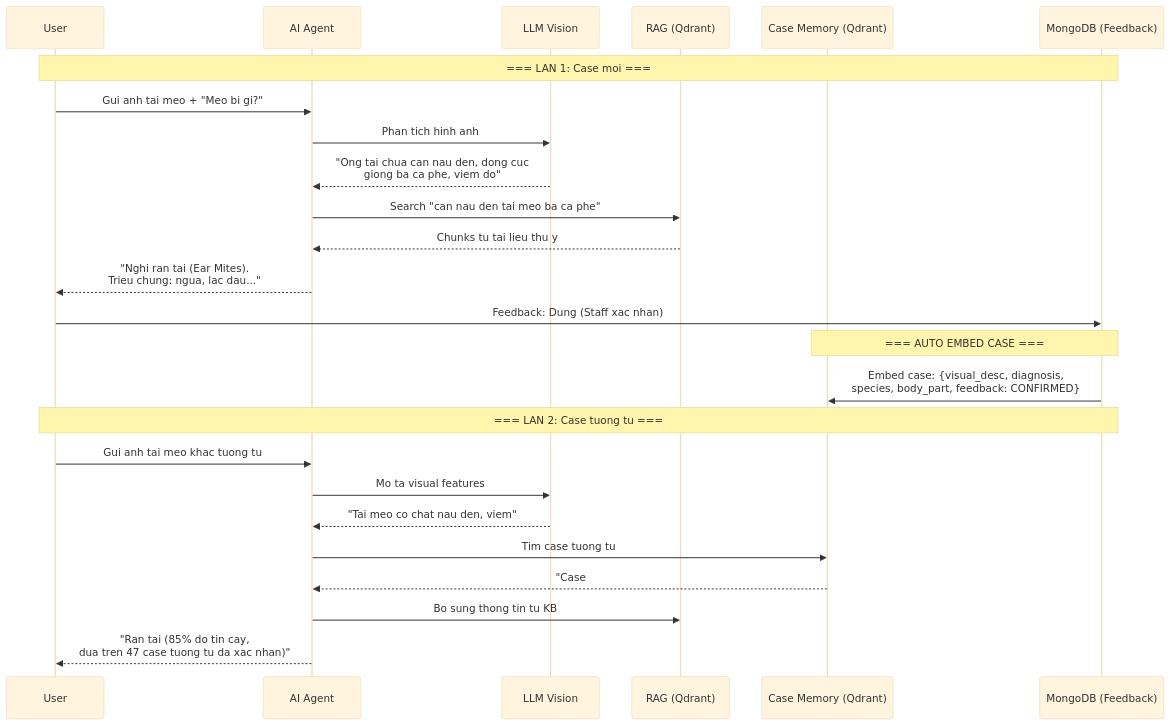
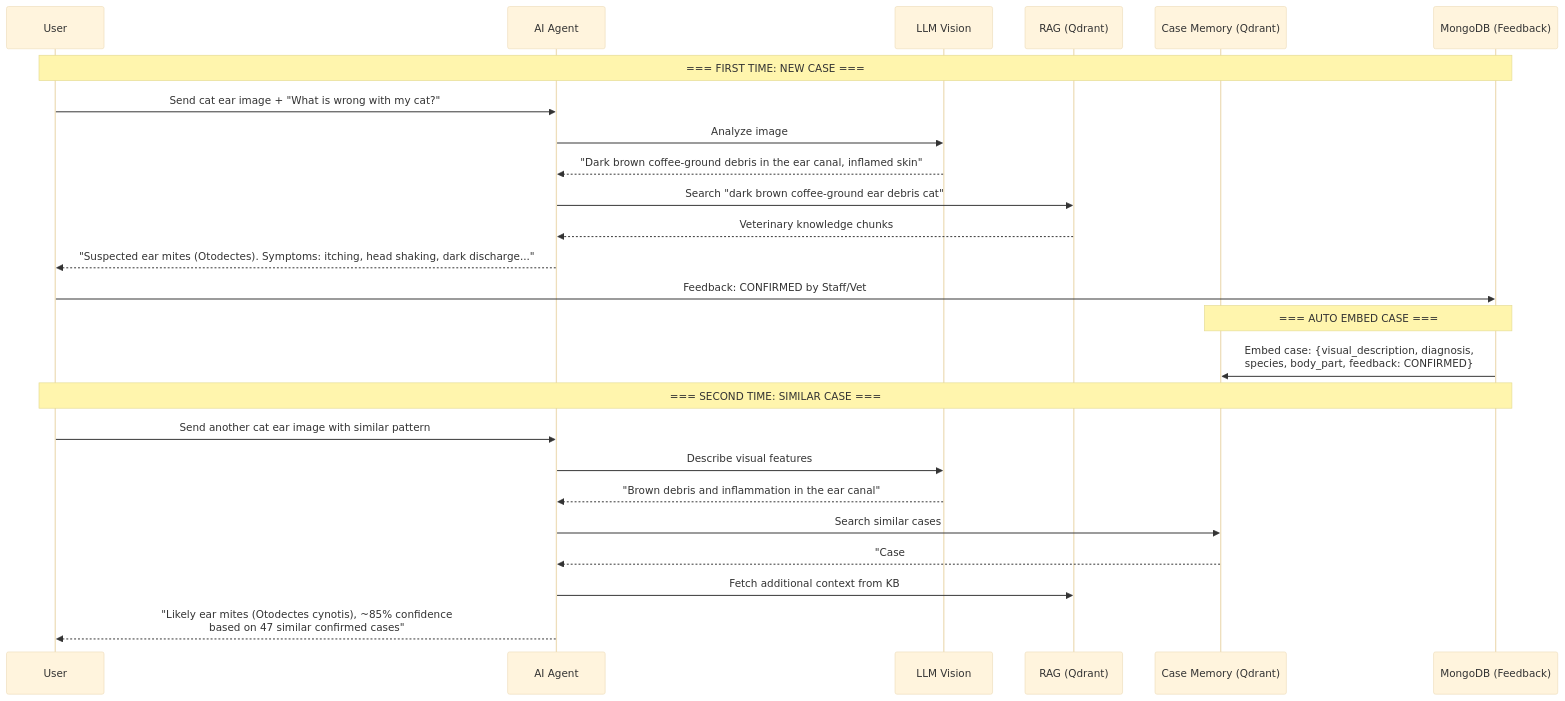
One commit to espresso23/Petties-Veterinary-Appointment-Booking-Platform changed the sixth of 11 diagrams in docs-references/documentation/AI_AGENT_DATA_IMPROVEMENT_STRATEGY.md. Above: the diagram before and after it, drawn with Mermaid (base theme). The commit also changed other lines of this file and 56 other files, not shown here.

````diff
--- a/docs-references/documentation/AI_AGENT_DATA_IMPROVEMENT_STRATEGY.md
+++ b/docs-references/documentation/AI_AGENT_DATA_IMPROVEMENT_STRATEGY.md
@@ -670,31 +671,31 @@
 ```mermaid
 sequenceDiagram
     participant User
     participant Agent as AI Agent
     participant Vision as LLM Vision
     participant RAG as RAG (Qdrant)
     participant CaseMem as Case Memory (Qdrant)
     participant MongoDB as MongoDB (Feedback)
 
-    Note over User,MongoDB: === LAN 1: Case moi ===
-    User->>Agent: Gui anh tai meo + "Meo bi gi?"
-    Agent->>Vision: Phan tich hinh anh
-    Vision-->>Agent: "Ong tai chua can nau den, dong cuc<br/>giong ba ca phe, viem do"
-    Agent->>RAG: Search "can nau den tai meo ba ca phe"
-    RAG-->>Agent: Chunks tu tai lieu thu y
-    Agent-->>User: "Nghi ran tai (Ear Mites).<br/>Trieu chung: ngua, lac dau..."
+    Note over User,MongoDB: === FIRST TIME: NEW CASE ===
+    User->>Agent: Send cat ear image + "What is wrong with my cat?"
+    Agent->>Vision: Analyze image
+    Vision-->>Agent: "Dark brown coffee-ground debris in the ear canal, inflamed skin"
+    Agent->>RAG: Search "dark brown coffee-ground ear debris cat"
+    RAG-->>Agent: Veterinary knowledge chunks
+    Agent-->>User: "Suspected ear mites (Otodectes). Symptoms: itching, head shaking, dark discharge..."
     
-    User->>MongoDB: Feedback: Dung (Staff xac nhan)
+    User->>MongoDB: Feedback: CONFIRMED by Staff/Vet
     
     Note over MongoDB,CaseMem: === AUTO EMBED CASE ===
-    MongoDB->>CaseMem: Embed case: {visual_desc, diagnosis,<br/>species, body_part, feedback: CONFIRMED}
+    MongoDB->>CaseMem: Embed case: {visual_description, diagnosis,<br/>species, body_part, feedback: CONFIRMED}
     
-    Note over User,MongoDB: === LAN 2: Case tuong tu ===
-    User->>Agent: Gui anh tai meo khac tuong tu
-    Agent->>Vision: Mo ta visual features
-    Vision-->>Agent: "Tai meo co chat nau den, viem"
-    Agent->>CaseMem: Tim case tuong tu
-    CaseMem-->>Agent: "Case #47: Tai meo can nau den<br/>-> Ran tai (Otodectes cynotis)<br/>-> DA XAC NHAN boi Staff"
-    Agent->>RAG: Bo sung thong tin tu KB
-    Agent-->>User: "Ran tai (85% do tin cay,<br/>dua tren 47 case tuong tu da xac nhan)"
+    Note over User,MongoDB: === SECOND TIME: SIMILAR CASE ===
+    User->>Agent: Send another cat ear image with similar pattern
+    Agent->>Vision: Describe visual features
+    Vision-->>Agent: "Brown debris and inflammation in the ear canal"
+    Agent->>CaseMem: Search similar cases
+    CaseMem-->>Agent: "Case #47: Cat ear brown debris<br/>-> Ear mites (Otodectes cynotis)<br/>-> CONFIRMED by Staff"
+    Agent->>RAG: Fetch additional context from KB
+    Agent-->>User: "Likely ear mites (Otodectes cynotis), ~85% confidence<br/>based on 47 similar confirmed cases"
 ```
````
